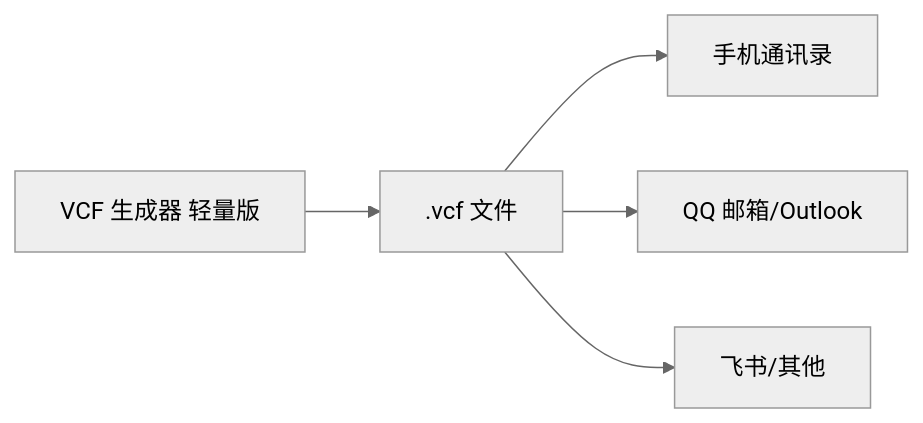
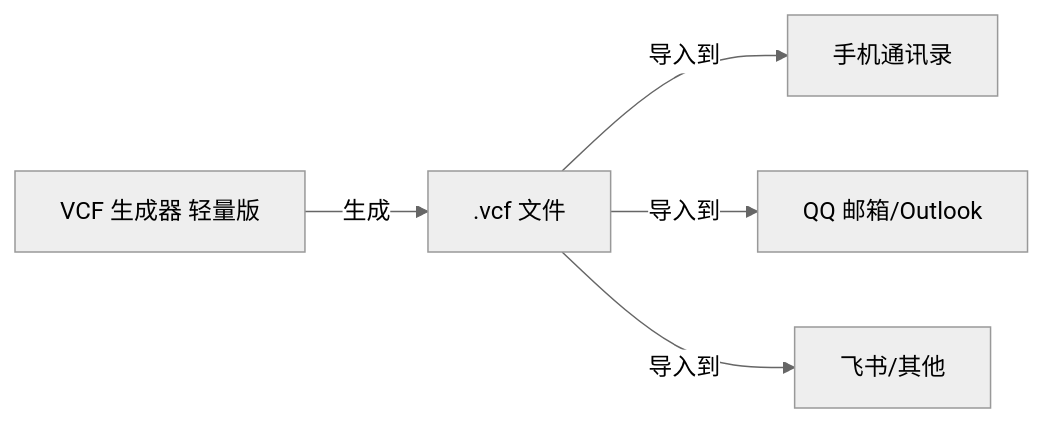
One commit to hellotool/VCFGeneratorLiteWithTkinter changed the diagram in docs/guides/vcard-usage.md. Above: the diagram before and after it, drawn with Mermaid (neutral theme). The commit also changed 7 other files, not shown here.

````diff
--- a/docs/guides/vcard-usage.md
+++ b/docs/guides/vcard-usage.md
@@ -5,7 +5,7 @@
 ```mermaid
 graph LR
-    D[VCF 生成器 轻量版] --> E[.vcf 文件]
-    E --> F[手机通讯录]
-    E --> G[QQ 邮箱/Outlook]
-    E --> H[飞书/其他]
+    D[VCF 生成器 轻量版] -->|生成| E[.vcf 文件]
+    E -->|导入到| F[手机通讯录]
+    E -->|导入到| G[QQ 邮箱/Outlook]
+    E -->|导入到| H[飞书/其他]
 ```
````
